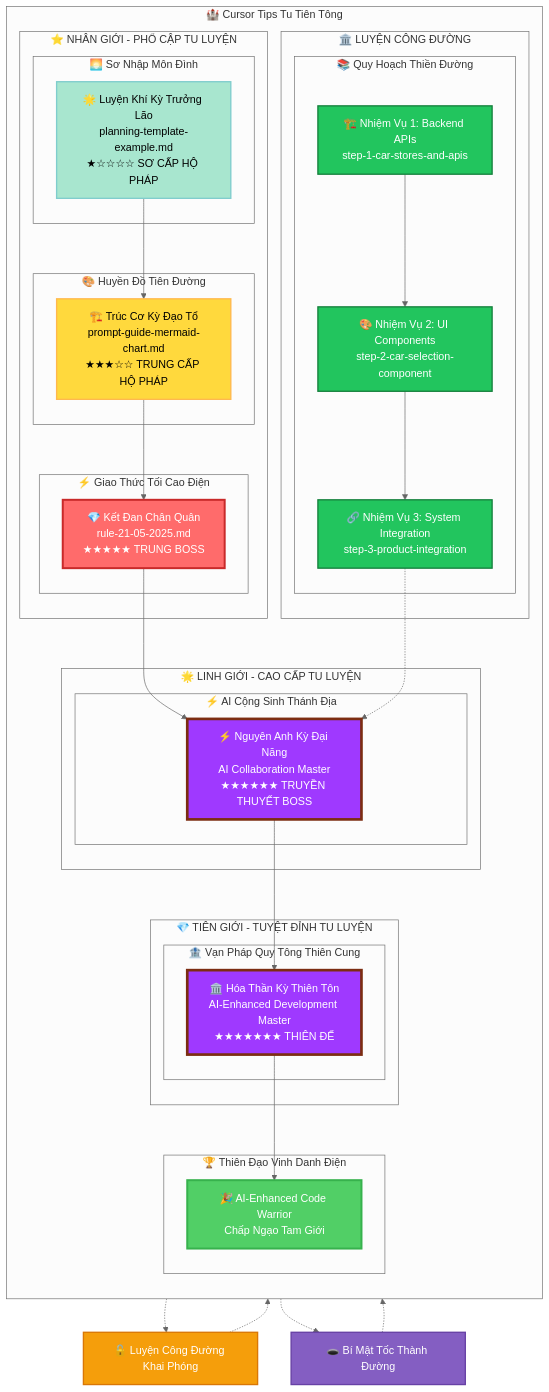
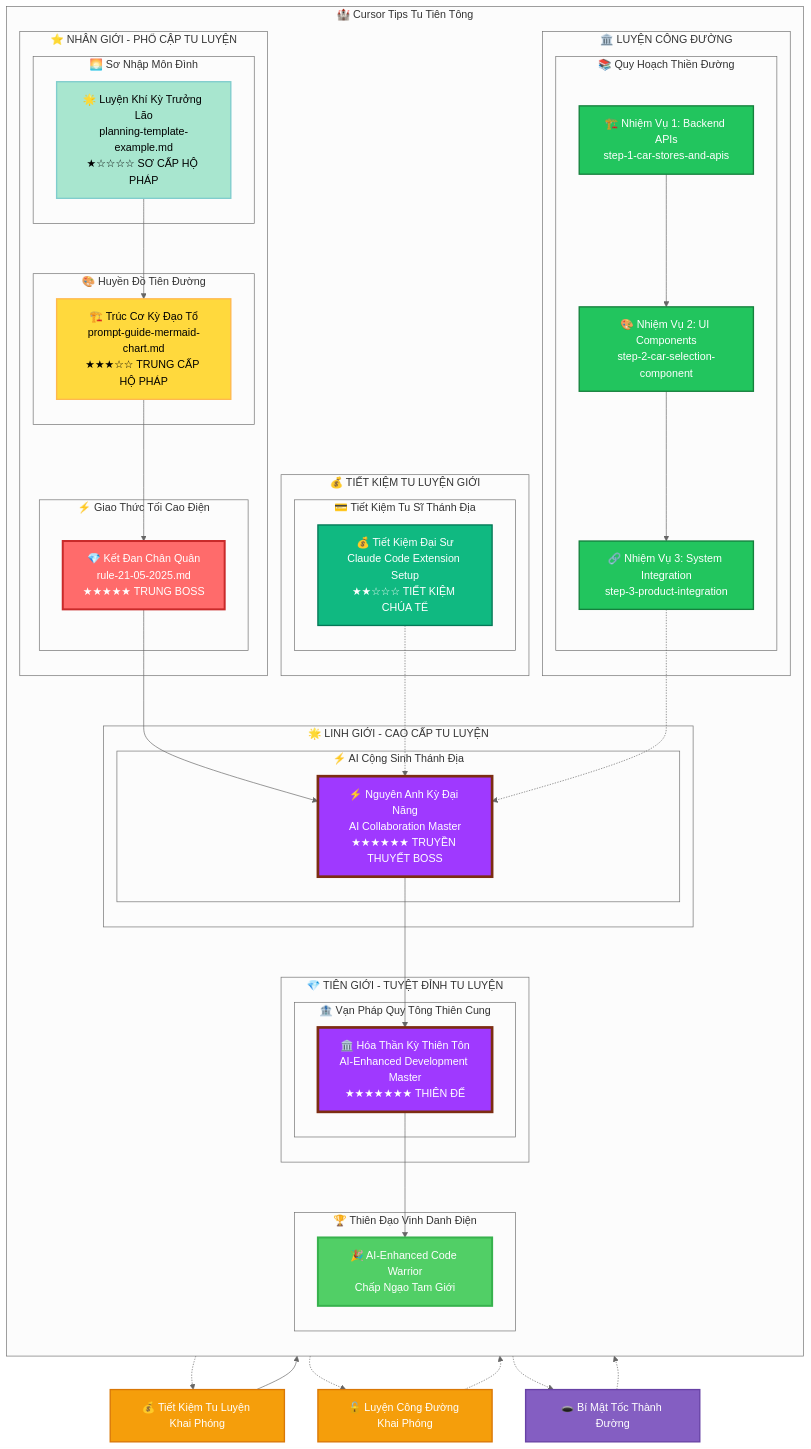
The second of 9 diagrams in README-TUTIEN.md (giang6283623/cursor-tip), drawn with Mermaid (neutral theme) before and after one commit. The commit also changed other lines of this file and 5 other files, not shown here.

````diff
--- a/README-TUTIEN.md
+++ b/README-TUTIEN.md
@@ -130,6 +130,12 @@
             end
         end
 
+        subgraph "💰 TIẾT KIỆM TU LUYỆN GIỚI"
+            subgraph "💳 Tiết Kiệm Tu Sĩ Thánh Địa"
+                MoneyBoss[💰 Tiết Kiệm Đại Sư<br/>Claude Code Extension Setup<br/>★★☆☆☆ TIẾT KIỆM CHÚA TỂ]
+            end
+        end
+
         subgraph "🏛️ LUYỆN CÔNG ĐƯỜNG"
             subgraph "📚 Quy Hoạch Thiền Đường"
                 Mission1[🏗️ Nhiệm Vụ 1: Backend APIs<br/>step-1-car-stores-and-apis]
@@ -149,6 +155,10 @@
     MCPBoss --> UltimateBoss
     UltimateBoss --> Victory
 
+    Protocol -.-> MoneyQuest[💰 Tiết Kiệm Tu Luyện Khai Phóng]
+    MoneyQuest --> MoneyBoss
+    MoneyBoss -.-> MCPBoss
+
     Protocol -.-> TrainingUnlock[🔓 Luyện Công Đường Khai Phóng]
     TrainingUnlock -.-> Mission1
     Mission1 --> Mission2
@@ -166,6 +176,7 @@
     classDef victory fill:#51cf66,stroke:#37b24d,stroke-width:3px,color:#fff
     classDef secret fill:#845ec2,stroke:#6741a5,stroke-width:2px,color:#fff
     classDef unlock fill:#f59e0b,stroke:#d97706,stroke-width:2px,color:#fff
+    classDef money fill:#10b981,stroke:#047857,stroke-width:2px,color:#fff
 
     class Tutorial tutorial
     class Charts intermediate
@@ -174,5 +185,6 @@
     class Mission1,Mission2,Mission3 training
     class Victory victory
     class SecretPath secret
-    class TrainingUnlock unlock
+    class TrainingUnlock,MoneyQuest unlock
+    class MoneyBoss money
 ```
````
